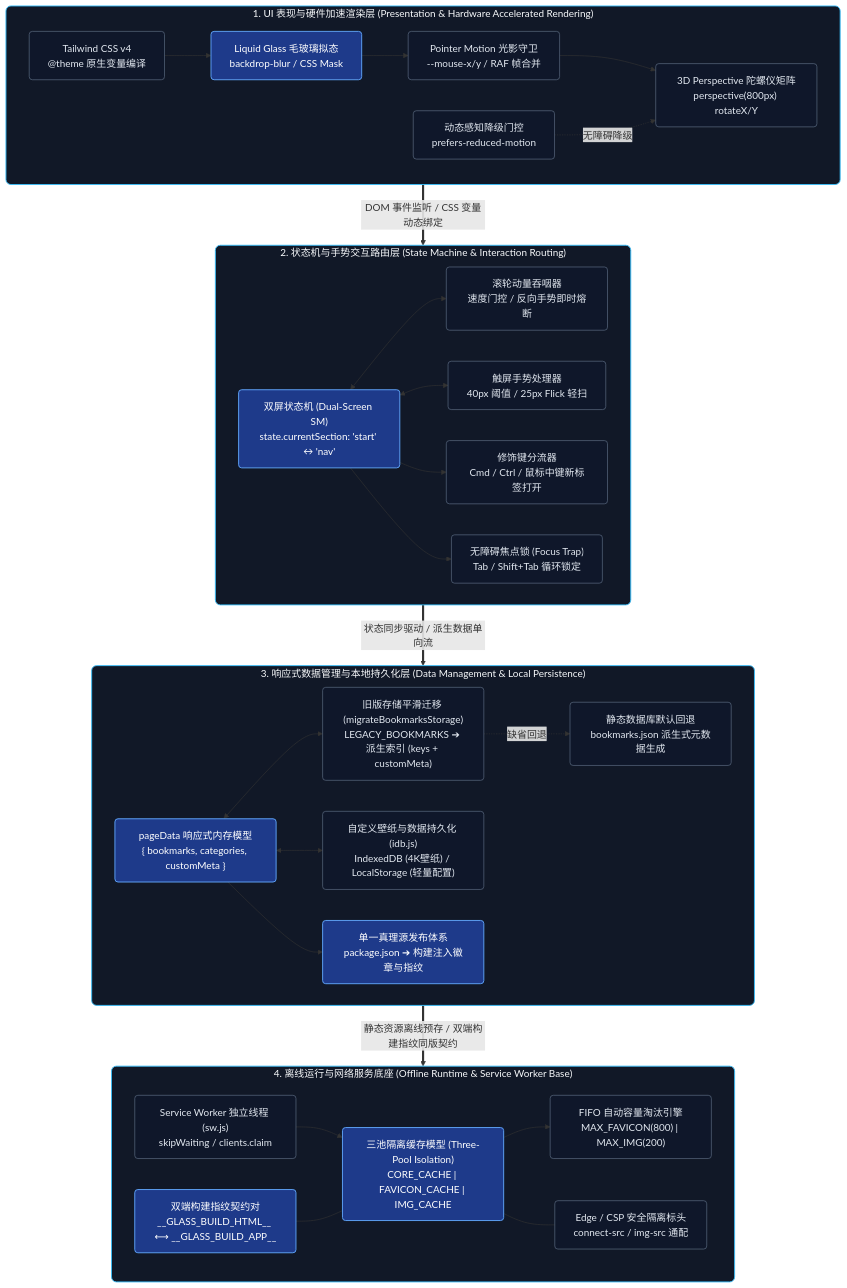
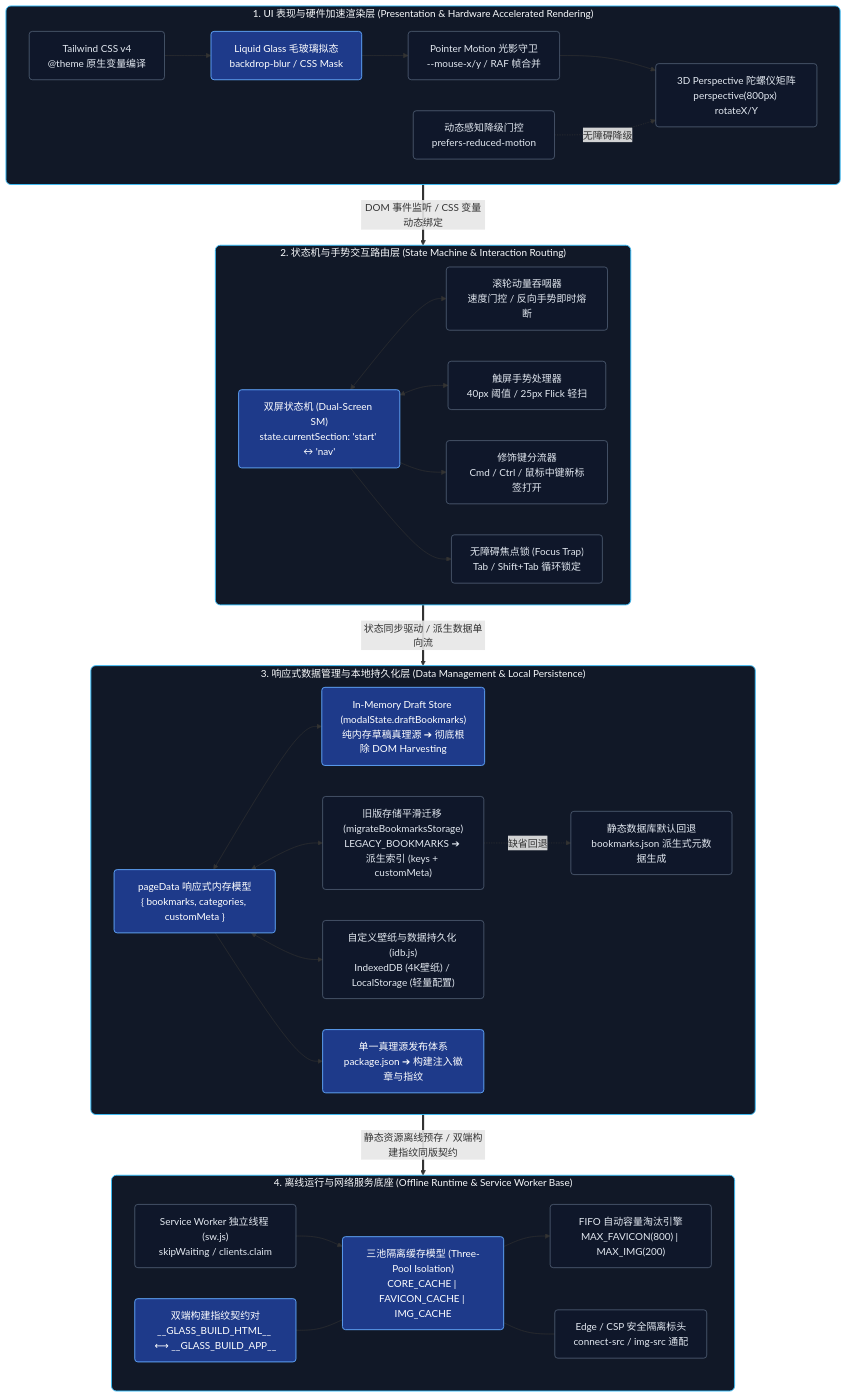
The first of 5 diagrams in ARCHITECTURE.md (leosdcn/glass-start), drawn with Mermaid before and after one commit. The commit also changed other lines of this file and 1 other file, not shown here.

Commit message:
docs(architecture): 同步 In-Memory Draft Store 架构规范并明确禁止 DOM Harvesting

````diff
--- a/ARCHITECTURE.md
+++ b/ARCHITECTURE.md
@@ -23,71 +23,73 @@
 ```mermaid
 flowchart TD
     %% ======================= LAYER 1: UI & HARDWARE RENDERING =======================
     subgraph L1 [" 1. UI 表现与硬件加速渲染层 (Presentation & Hardware Accelerated Rendering) "]
         direction LR
         TW4["Tailwind CSS v4<br/>@theme 原生变量编译"]:::nodeBox
         LG["Liquid Glass 毛玻璃拟态<br/>backdrop-blur / CSS Mask"]:::activeBox
         PMG["Pointer Motion 光影守卫<br/>--mouse-x/y / RAF 帧合并"]:::nodeBox
         T3D["3D Perspective 陀螺仪矩阵<br/>perspective(800px) rotateX/Y"]:::nodeBox
         A11Y_MOT["动态感知降级门控<br/>prefers-reduced-motion"]:::nodeBox
 
         TW4 --> LG --> PMG --> T3D
         A11Y_MOT -.->|"无障碍降级"| T3D
     end
 
     %% ======================= LAYER 2: STATE MACHINE & INTERACTION =======================
     subgraph L2 [" 2. 状态机与手势交互路由层 (State Machine & Interaction Routing) "]
         direction LR
         SM["双屏状态机 (Dual-Screen SM)<br/>state.currentSection: 'start' ↔ 'nav'"]:::activeBox
         WHEEL["滚轮动量吞咽器<br/>速度门控 / 反向手势即时熔断"]:::nodeBox
         TOUCH["触屏手势处理器<br/>40px 阈值 / 25px Flick 轻扫"]:::nodeBox
         ROUTER["修饰键分流器<br/>Cmd / Ctrl / 鼠标中键新标签打开"]:::nodeBox
         FOCUS_TRAP["无障碍焦点锁 (Focus Trap)<br/>Tab / Shift+Tab 循环锁定"]:::nodeBox
 
         SM <--> WHEEL
         SM <--> TOUCH
         SM --> ROUTER
         SM --> FOCUS_TRAP
     end
 
     %% ======================= LAYER 3: DATA PERSISTENCE =======================
     subgraph L3 [" 3. 响应式数据管理与本地持久化层 (Data Management & Local Persistence) "]
         direction LR
         RUNTIME["pageData 响应式内存模型<br/>{ bookmarks, categories, customMeta }"]:::activeBox
+        DRAFT_STORE["In-Memory Draft Store (modalState.draftBookmarks)<br/>纯内存草稿真理源 ➔ 彻底根除 DOM Harvesting"]:::activeBox
         MIGRATION["旧版存储平滑迁移 (migrateBookmarksStorage)<br/>LEGACY_BOOKMARKS ➔ 派生索引 (keys + customMeta)"]:::nodeBox
         ASSET_STORE["自定义壁纸与数据持久化 (idb.js)<br/>IndexedDB (4K壁纸) / LocalStorage (轻量配置)"]:::nodeBox
         FALLBACK_JSON["静态数据库默认回退<br/>bookmarks.json 派生式元数据生成"]:::nodeBox
         SSOT["单一真理源发布体系<br/>package.json ➔ 构建注入徽章与指纹"]:::activeBox
 
+        RUNTIME <--> DRAFT_STORE
         RUNTIME <--> MIGRATION
         RUNTIME <--> ASSET_STORE
         MIGRATION -.->|"缺省回退"| FALLBACK_JSON
         RUNTIME --> SSOT
     end
 
     %% ======================= LAYER 4: SERVICE WORKER & SECURITY =======================
     subgraph L4 [" 4. 离线运行与网络服务底座 (Offline Runtime & Service Worker Base) "]
         direction LR
         SW_THREAD["Service Worker 独立线程 (sw.js)<br/>skipWaiting / clients.claim"]:::nodeBox
         THREE_CACHE["三池隔离缓存模型 (Three-Pool Isolation)<br/>CORE_CACHE | FAVICON_CACHE | IMG_CACHE"]:::activeBox
         FIFO_PRUNE["FIFO 自动容量淘汰引擎<br/>MAX_FAVICON(800) | MAX_IMG(200)"]:::nodeBox
         CSP_SEC["Edge / CSP 安全隔离标头<br/>connect-src / img-src 通配"]:::nodeBox
         BUILD_FP["双端构建指纹契约对<br/>__GLASS_BUILD_HTML__ ⟷ __GLASS_BUILD_APP__"]:::activeBox
 
         SW_THREAD --> THREE_CACHE --> FIFO_PRUNE
         THREE_CACHE --- CSP_SEC
         BUILD_FP --- THREE_CACHE
     end
 
     %% ======================= LAYER INTERCONNECTIONS =======================
     L1 ==>|"DOM 事件监听 / CSS 变量动态绑定"| L2
     L2 ==>|"状态同步驱动 / 派生数据单向流"| L3
     L3 ==>|"静态资源离线预存 / 双端构建指纹同版契约"| L4
 
     %% ======================= STYLES =======================
     classDef layerBox fill:#111827,stroke:#38bdf8,stroke-width:1.5px,color:#f8fafc,rx:8px
     classDef nodeBox fill:#0f172a,stroke:#64748b,stroke-width:1px,color:#e2e8f0,rx:5px
     classDef activeBox fill:#1e3a8a,stroke:#60a5fa,stroke-width:1.5px,color:#ffffff,rx:5px
 
     class L1,L2,L3,L4 layerBox
 ```
````
